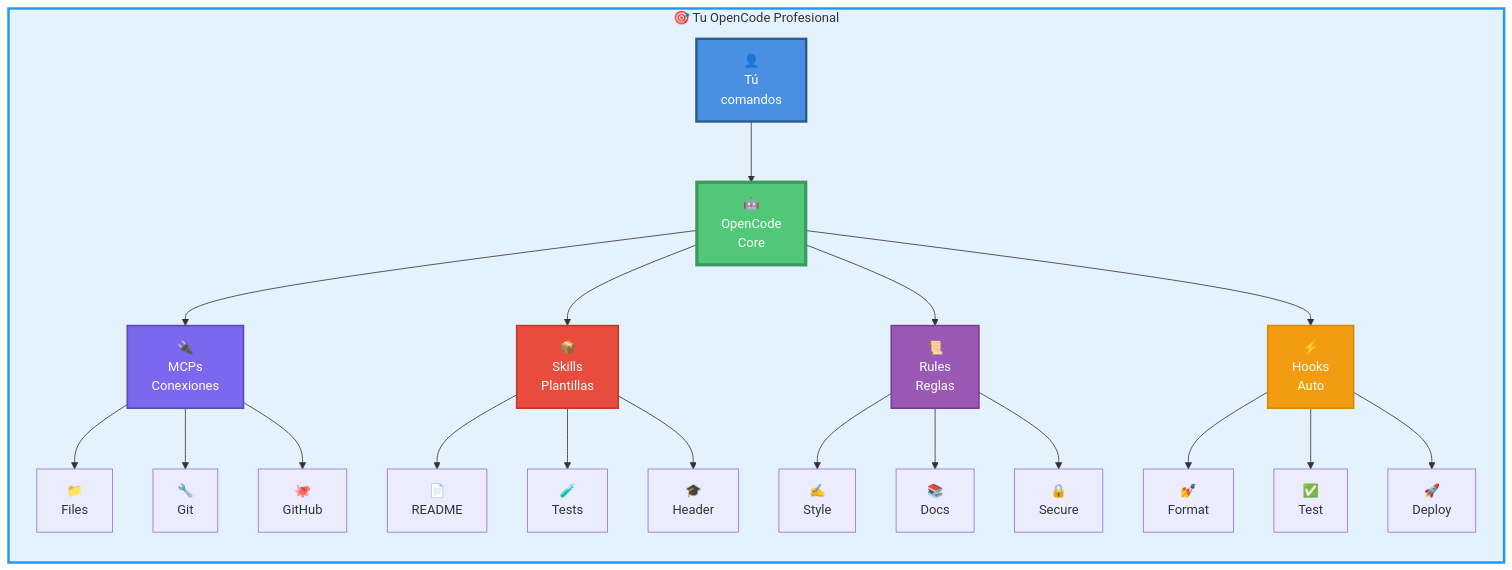
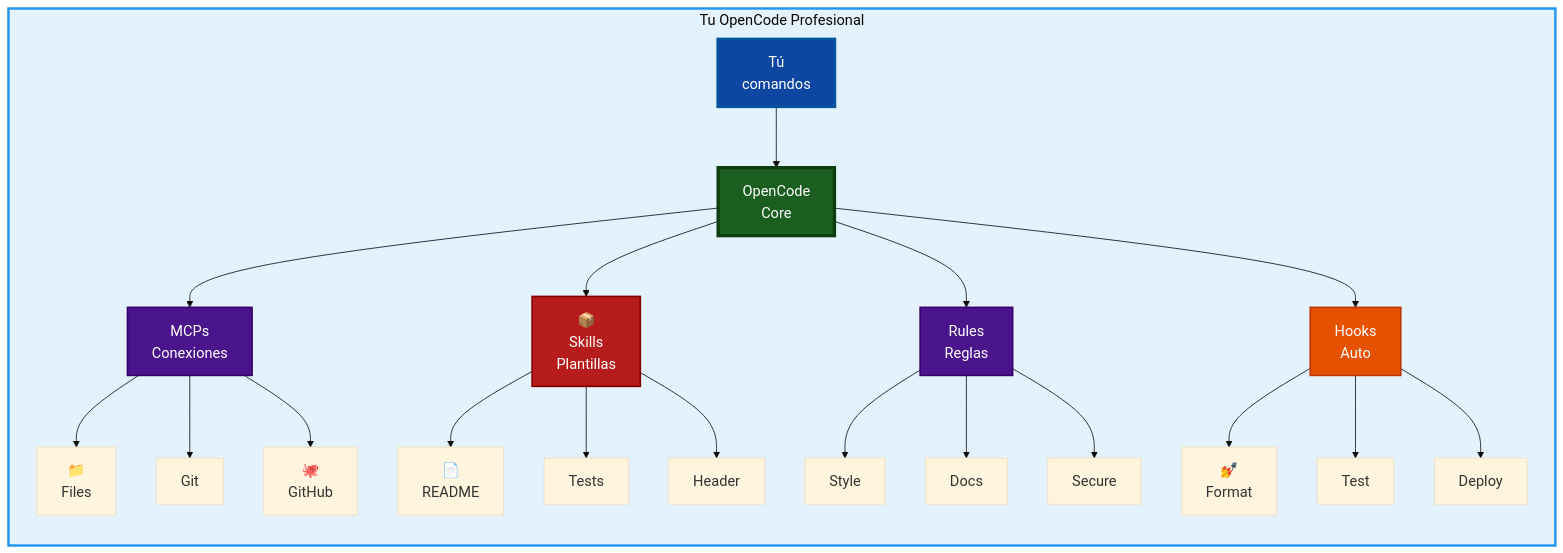
One commit to Ai-Whisperers/Courses-Content changed diagram 12 of 16 in courses/🟡-development/FPUNA-2026/00-FUNDAMENTOS-PRINCIPALES/02-maestria-configuracion.md. Above: the diagram before and after it, drawn with Mermaid. The commit also changed other lines of this file and 47 other files, not shown here.

First line of the commit message:
fix: Make all 473 diagrams WCAG AAA accessible (FPUNA-2026)

````diff
--- a/courses/🟡-development/FPUNA-2026/00-FUNDAMENTOS-PRINCIPALES/02-maestria-configuracion.md
+++ b/courses/🟡-development/FPUNA-2026/00-FUNDAMENTOS-PRINCIPALES/02-maestria-configuracion.md
@@ -925,36 +936,37 @@
 ```mermaid
+%%{init: {'theme':'base', 'themeVariables': {'fontSize':'18px'}}}%%
 graph TB
-    subgraph Setup["🎯 Tu OpenCode Profesional"]
+    subgraph Setup["Tu OpenCode Profesional"]
         direction TB
-        User["👤<br/>Tú<br/>comandos"] --> OC["🤖<br/>OpenCode<br/>Core"]
+        User["Tú<br/>comandos"] --> OC["OpenCode<br/>Core"]
         
-        OC --> MCPs["🔌<br/>MCPs<br/>Conexiones"]
+        OC --> MCPs["MCPs<br/>Conexiones"]
         OC --> Skills["📦<br/>Skills<br/>Plantillas"]
-        OC --> Rules["📜<br/>Rules<br/>Reglas"]
-        OC --> Hooks["⚡<br/>Hooks<br/>Auto"]
+        OC --> Rules["Rules<br/>Reglas"]
+        OC --> Hooks["Hooks<br/>Auto"]
         
         MCPs --> FS["📁<br/>Files"]
-        MCPs --> Git["🔧<br/>Git"]
+        MCPs --> Git["Git"]
         MCPs --> GH["🐙<br/>GitHub"]
         
         Skills --> README["📄<br/>README"]
-        Skills --> Tests["🧪<br/>Tests"]
-        Skills --> FPUNA["🎓<br/>Header"]
+        Skills --> Tests["Tests"]
+        Skills --> FPUNA["Header"]
         
-        Rules --> Style["✍️<br/>Style"]
-        Rules --> Docs["📚<br/>Docs"]
-        Rules --> Security["🔒<br/>Secure"]
+        Rules --> Style["Style"]
+        Rules --> Docs["Docs"]
+        Rules --> Security["Secure"]
         
         Hooks --> Format["💅<br/>Format"]
-        Hooks --> TestRun["✅<br/>Test"]
-        Hooks --> Deploy["🚀<br/>Deploy"]
+        Hooks --> TestRun["Test"]
+        Hooks --> Deploy["Deploy"]
     end
     
     style Setup fill:#E3F2FD,stroke:#2196F3,stroke-width:3px
-    style User fill:#4A90E2,stroke:#2E5C8A,stroke-width:3px,color:#fff
-    style OC fill:#50C878,stroke:#3A9B5C,stroke-width:4px,color:#fff
-    style MCPs fill:#7B68EE,stroke:#5A4BB5,stroke-width:2px,color:#fff
-    style Skills fill:#E74C3C,stroke:#C0392B,stroke-width:2px,color:#fff
-    style Rules fill:#9B59B6,stroke:#7D3C98,stroke-width:2px,color:#fff
-    style Hooks fill:#F39C12,stroke:#D68910,stroke-width:2px,color:#fff
+    style User fill:#0d47a1,stroke:#01579b,stroke-width:3px,color:#fff
+    style OC fill:#1b5e20,stroke:#0d3d0f,stroke-width:4px,color:#fff
+    style MCPs fill:#4a148c,stroke:#38006b,stroke-width:2px,color:#fff
+    style Skills fill:#b71c1c,stroke:#7f0000,stroke-width:2px,color:#fff
+    style Rules fill:#4a148c,stroke:#38006b,stroke-width:2px,color:#fff
+    style Hooks fill:#e65100,stroke:#bf360c,stroke-width:2px,color:#fff
 ```
````
